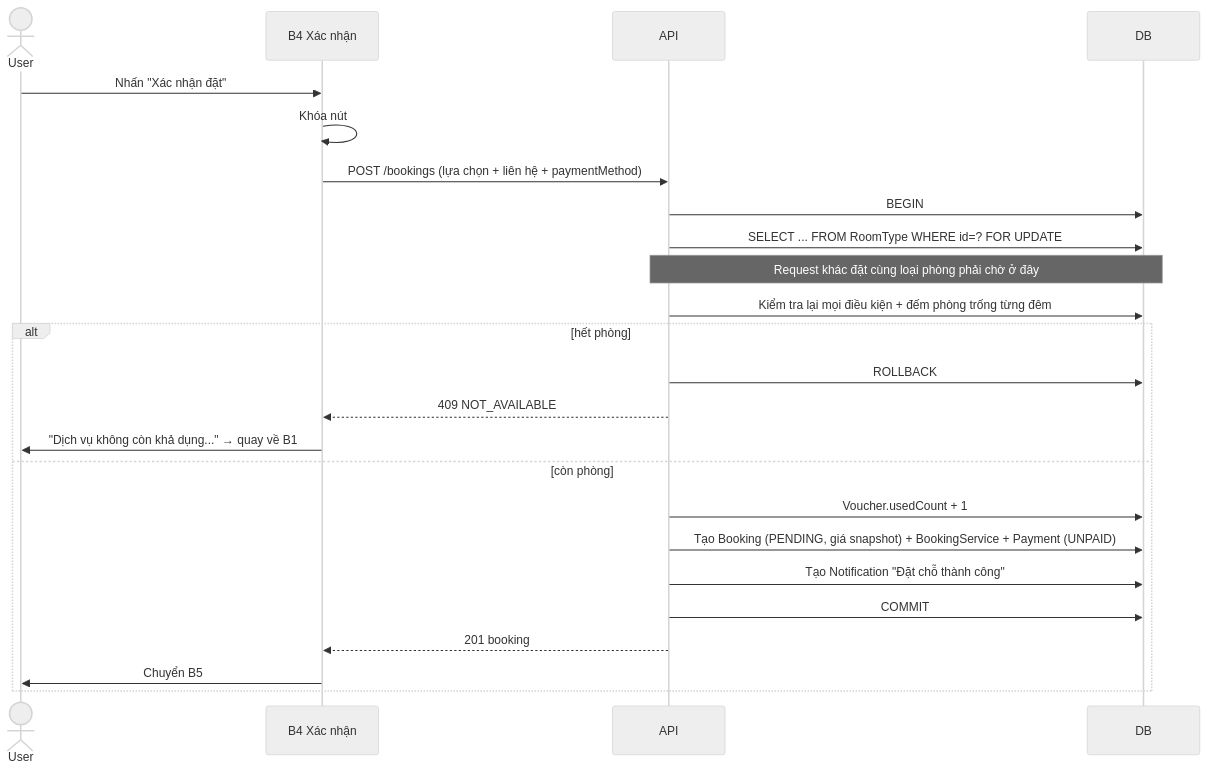
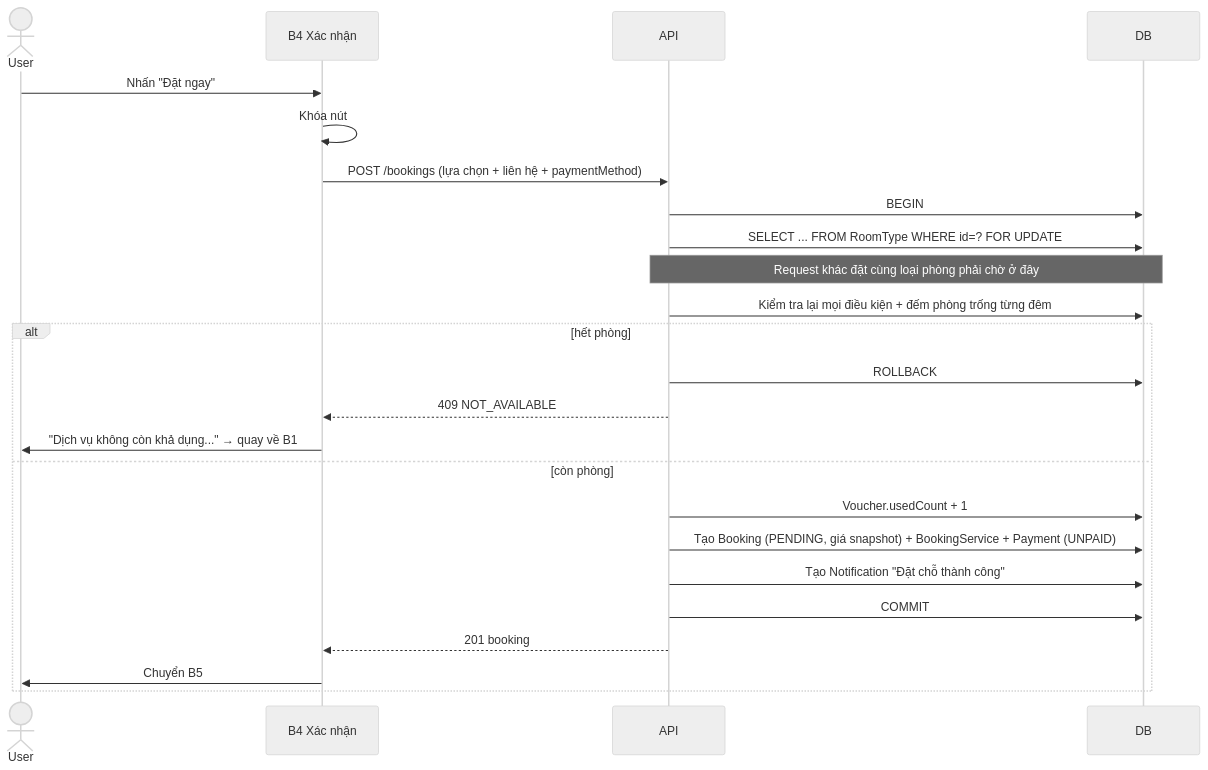
One commit to DangKhoa902/Mobile-Project-Travelling-App changed the seventh of 14 diagrams in docs/01-dac-ta/luong-nghiep-vu.md. Above: the diagram before and after it, drawn with Mermaid (neutral theme). The commit also changed 17 other files, not shown here.

First line of the commit message:
fix: sửa giao diện Android và căn giữa nút Đặt ngay

````diff
--- a/docs/01-dac-ta/luong-nghiep-vu.md
+++ b/docs/01-dac-ta/luong-nghiep-vu.md
@@ -260,26 +260,26 @@
 ```mermaid
 sequenceDiagram
     actor User
     participant B4 as B4 Xác nhận
     participant API
     participant DB
-    User->>B4: Nhấn "Xác nhận đặt"
+    User->>B4: Nhấn "Đặt ngay"
     B4->>B4: Khóa nút
     B4->>API: POST /bookings (lựa chọn + liên hệ + paymentMethod)
     API->>DB: BEGIN
     API->>DB: SELECT ... FROM RoomType WHERE id=? FOR UPDATE
     Note over API,DB: Request khác đặt cùng loại phòng phải chờ ở đây
     API->>DB: Kiểm tra lại mọi điều kiện + đếm phòng trống từng đêm
     alt hết phòng
         API->>DB: ROLLBACK
         API-->>B4: 409 NOT_AVAILABLE
         B4->>User: "Dịch vụ không còn khả dụng..." → quay về B1
     else còn phòng
         API->>DB: Voucher.usedCount + 1
         API->>DB: Tạo Booking (PENDING, giá snapshot) + BookingService + Payment (UNPAID)
         API->>DB: Tạo Notification "Đặt chỗ thành công"
         API->>DB: COMMIT
         API-->>B4: 201 booking
         B4->>User: Chuyển B5
     end
 ```
````
